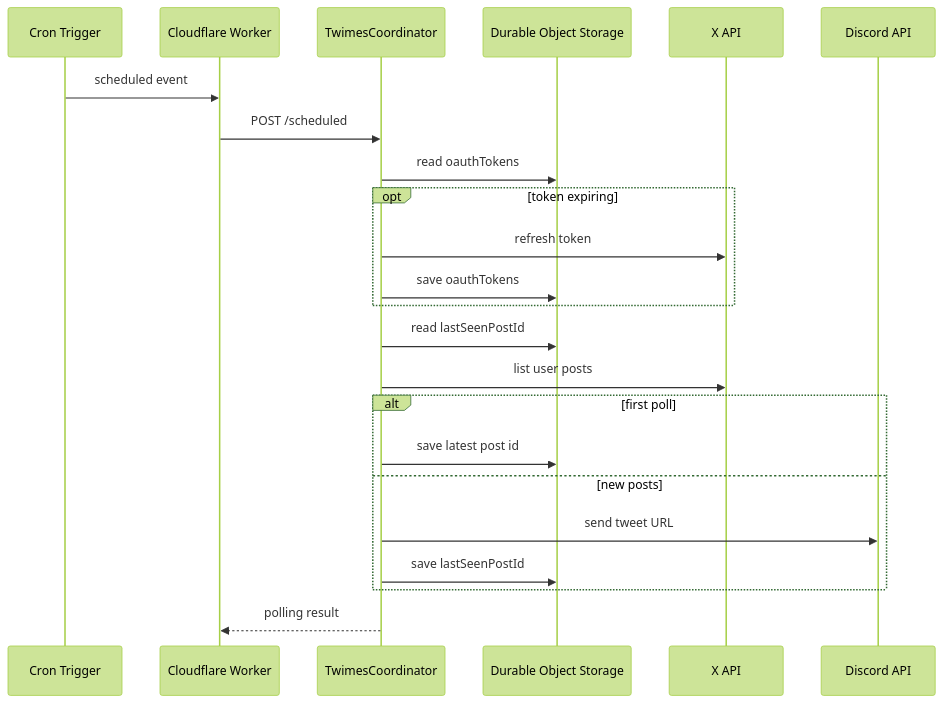
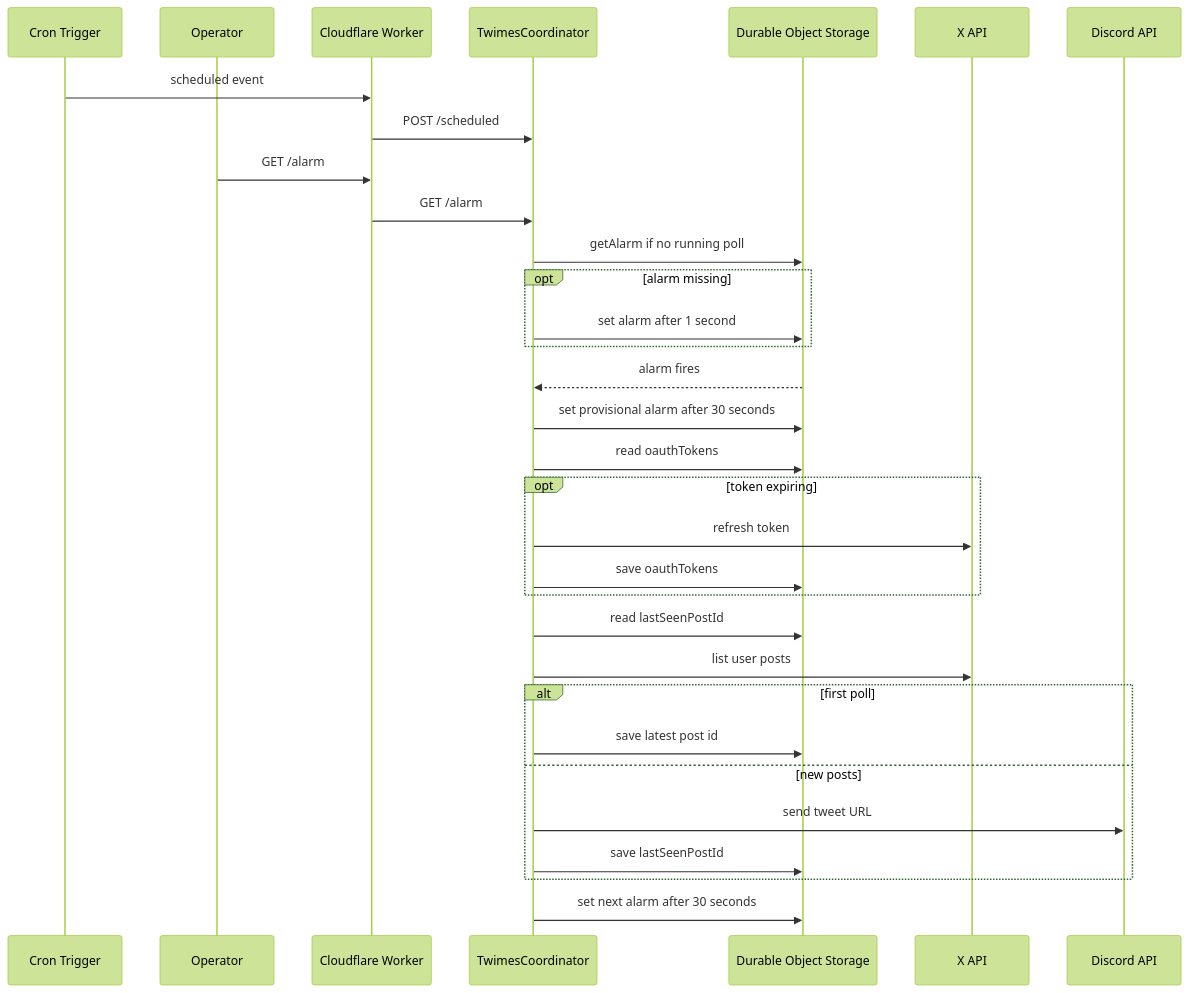
Before and after one commit to su8ru/twimes: the second of 2 diagrams in README.md, drawn with Mermaid (forest theme). The commit also changed other lines of this file, not shown here.

Commit message:
docs: alarm watchdog の運用を説明

````diff
--- a/README.md
+++ b/README.md
@@ -132,26 +151,36 @@
 ```mermaid
 sequenceDiagram
   participant Cron as Cron Trigger
+  participant Browser as Operator
   participant Worker as Cloudflare Worker
   participant Coordinator as TwimesCoordinator
   participant Storage as Durable Object Storage
   participant XAPI as X API
   participant Discord as Discord API
 
   Cron->>Worker: scheduled event
   Worker->>Coordinator: POST /scheduled
+  Browser->>Worker: GET /alarm
+  Worker->>Coordinator: GET /alarm
+  Coordinator->>Storage: getAlarm if no running poll
+  opt alarm missing
+    Coordinator->>Storage: set alarm after 1 second
+  end
+
+  Storage-->>Coordinator: alarm fires
+  Coordinator->>Storage: set provisional alarm after 30 seconds
   Coordinator->>Storage: read oauthTokens
   opt token expiring
     Coordinator->>XAPI: refresh token
     Coordinator->>Storage: save oauthTokens
   end
   Coordinator->>Storage: read lastSeenPostId
   Coordinator->>XAPI: list user posts
   alt first poll
     Coordinator->>Storage: save latest post id
   else new posts
     Coordinator->>Discord: send tweet URL
     Coordinator->>Storage: save lastSeenPostId
   end
-  Coordinator-->>Worker: polling result
+  Coordinator->>Storage: set next alarm after 30 seconds
 ```
````
